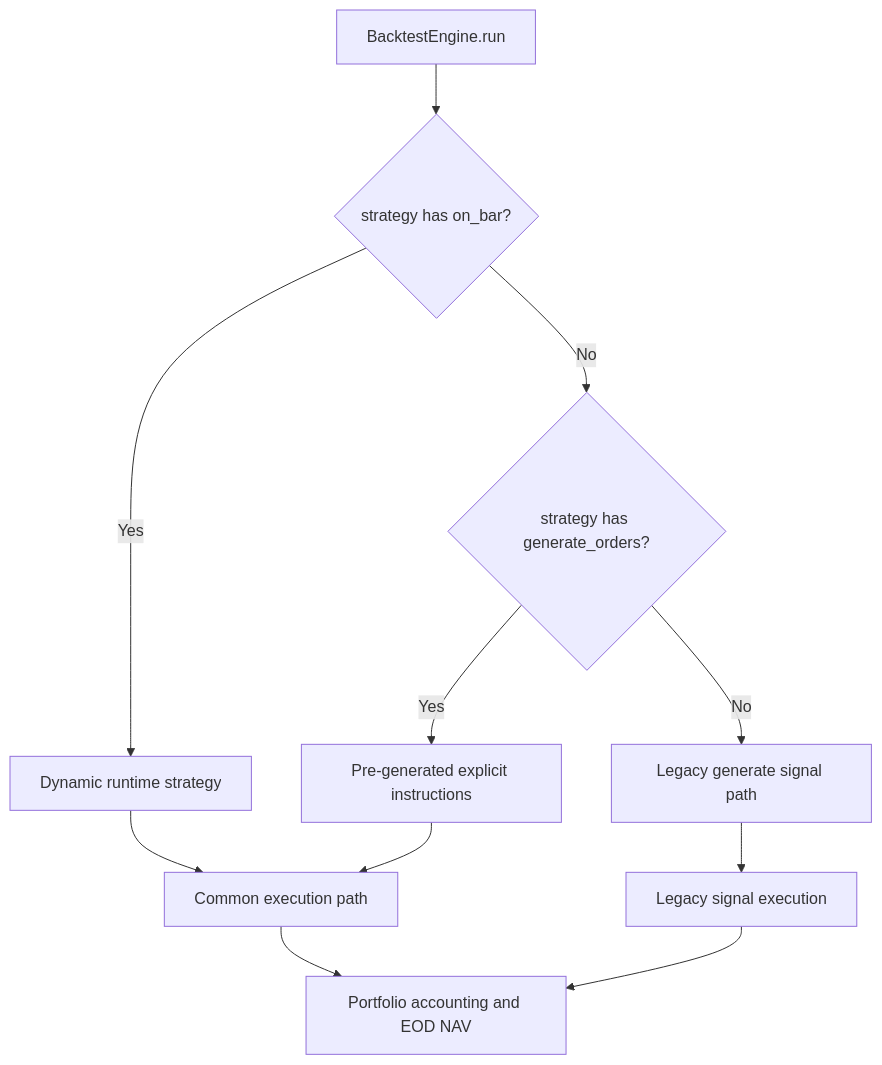
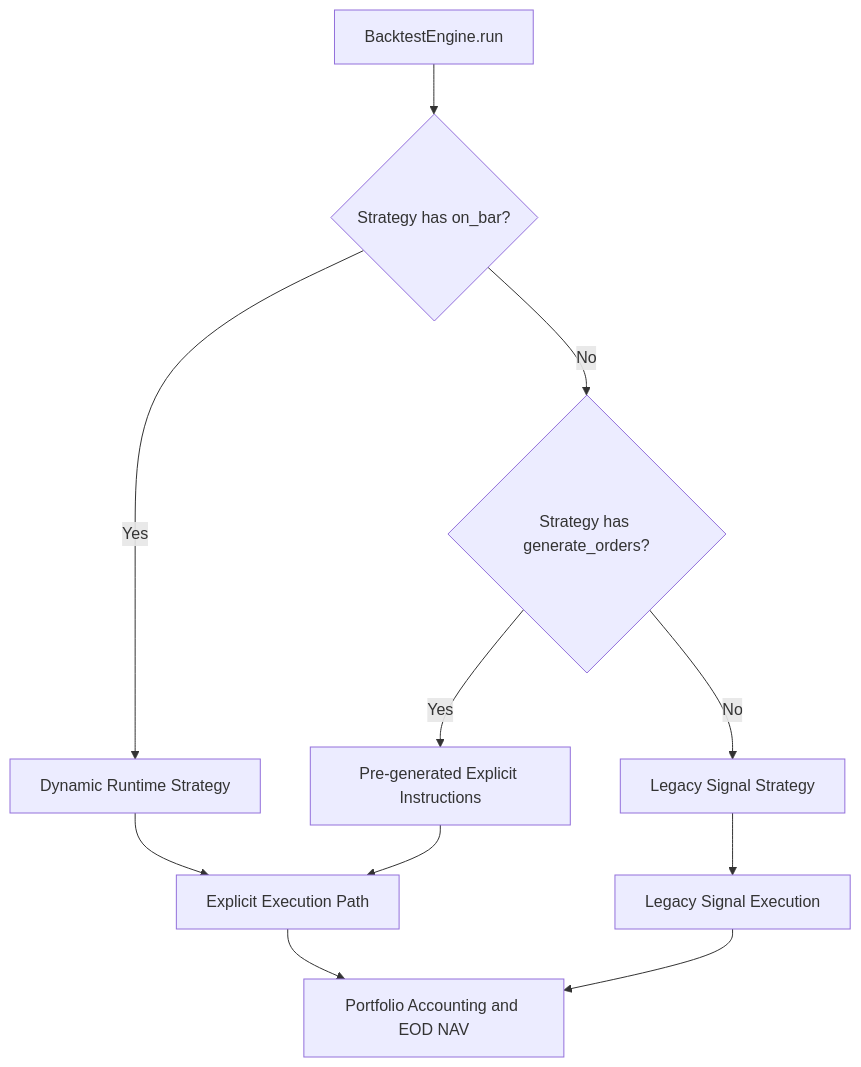
Before and after one commit to Kalvin-avenger/QuantResearch: the second of 7 diagrams in docs/ARCHITECTURE.md, drawn with Mermaid. The commit also changed other lines of this file and 5 other files, not shown here.

````diff
--- a/docs/ARCHITECTURE.md
+++ b/docs/ARCHITECTURE.md
@@ -45,14 +51,13 @@
 ```mermaid
 flowchart TD
-    A[BacktestEngine.run] --> B{strategy has on_bar?}
-    B -- Yes --> C[Dynamic runtime strategy]
-    B -- No --> D{strategy has generate_orders?}
-    D -- Yes --> E[Pre-generated explicit instructions]
-    D -- No --> F[Legacy generate signal path]
-
-    C --> X[Common execution path]
+    A[BacktestEngine.run] --> B{Strategy has on_bar?}
+    B -- Yes --> C[Dynamic Runtime Strategy]
+    B -- No --> D{Strategy has generate_orders?}
+    D -- Yes --> E[Pre-generated Explicit Instructions]
+    D -- No --> F[Legacy Signal Strategy]
+    C --> X[Explicit Execution Path]
     E --> X
-    F --> Y[Legacy signal execution]
-    X --> Z[Portfolio accounting and EOD NAV]
+    F --> Y[Legacy Signal Execution]
+    X --> Z[Portfolio Accounting and EOD NAV]
     Y --> Z
 ```
````
